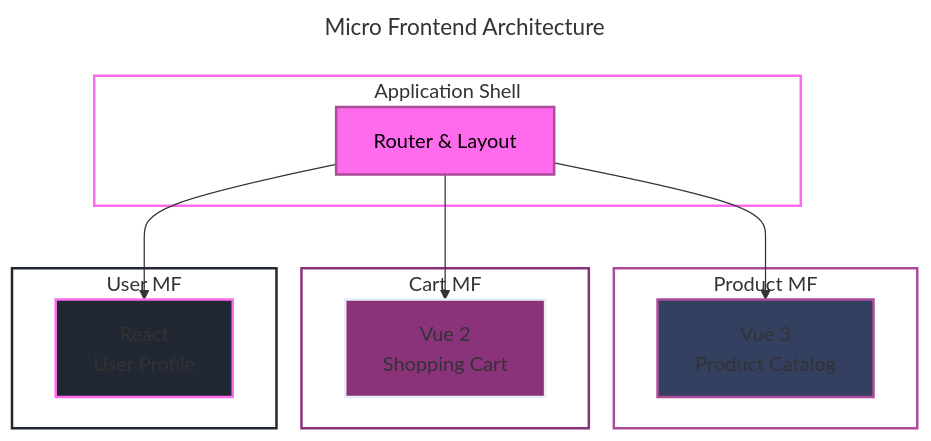
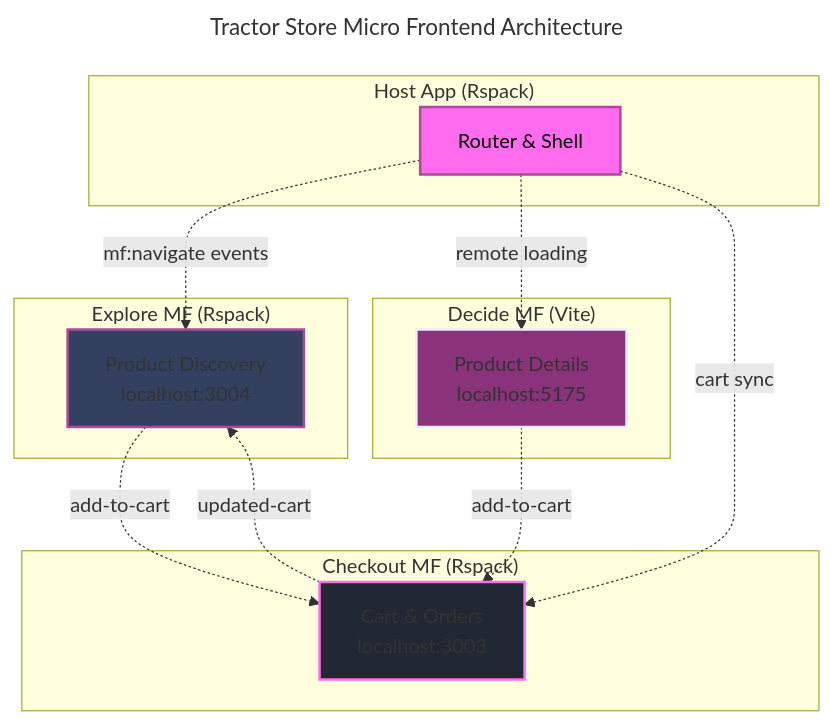
One commit to alexanderop/slides changed the diagram in presentations/how-to-structure-vue-projects/slides.md. Above: the diagram before and after it, drawn with Mermaid. The commit also changed other lines of this file and 18 other files, not shown here.

````diff
--- a/presentations/how-to-structure-vue-projects/slides.md
+++ b/presentations/how-to-structure-vue-projects/slides.md
@@ -557,35 +572,34 @@
-```mermaid{scale: 0.9}
+```mermaid{scale: 0.8}
 ---
-title: Micro Frontend Architecture
+title: Tractor Store Micro Frontend Architecture
 ---
 graph TB
-    subgraph shell["Application Shell"]
-        Router["Router & Layout"]:::shell
+    subgraph host["Host App (Rspack)"]
+        Router["Router & Shell"]:::host
     end
     
-    subgraph mf1["Product MF"]
-        ProductApp["Vue 3<br>Product Catalog"]:::product
+    subgraph explore["Explore MF (Rspack)"]
+        ExploreApp["Product Discovery<br>localhost:3004"]:::explore
     end
     
-    subgraph mf2["Cart MF"]
-        CartApp["Vue 2<br>Shopping Cart"]:::cart
+    subgraph decide["Decide MF (Vite)"]
+        DecideApp["Product Details<br>localhost:5175"]:::decide
     end
     
-    subgraph mf3["User MF"]
-        UserApp["React<br>User Profile"]:::user
+    subgraph checkout["Checkout MF (Rspack)"]
+        CheckoutApp["Cart & Orders<br>localhost:3003"]:::checkout
     end
     
-    Router --> ProductApp
-    Router --> CartApp
-    Router --> UserApp
+    Router -.->|"mf:navigate events"| ExploreApp
+    Router -.->|"remote loading"| DecideApp
+    Router -.->|"cart sync"| CheckoutApp
     
-    classDef shell fill:#FF6BED,stroke:#AB4B99,stroke-width:2px,color:#000
-    classDef product fill:#344060,stroke:#AB4B99,stroke-width:2px
-    classDef cart fill:#8A337B,stroke:#EAEDF3,stroke-width:2px
-    classDef user fill:#212733,stroke:#FF6BED,stroke-width:2px
+    ExploreApp -.->|"add-to-cart"| CheckoutApp
+    DecideApp -.->|"add-to-cart"| CheckoutApp
+    CheckoutApp -.->|"updated-cart"| ExploreApp
     
-    style shell fill:none,stroke:#FF6BED,stroke-width:2px
-    style mf1 fill:none,stroke:#AB4B99,stroke-width:2px
-    style mf2 fill:none,stroke:#8A337B,stroke-width:2px
-    style mf3 fill:none,stroke:#212733,stroke-width:2px
+    classDef host fill:#FF6BED,stroke:#AB4B99,stroke-width:2px,color:#000
+    classDef explore fill:#344060,stroke:#AB4B99,stroke-width:2px
+    classDef decide fill:#8A337B,stroke:#EAEDF3,stroke-width:2px
+    classDef checkout fill:#212733,stroke:#FF6BED,stroke-width:2px
 ```
````
